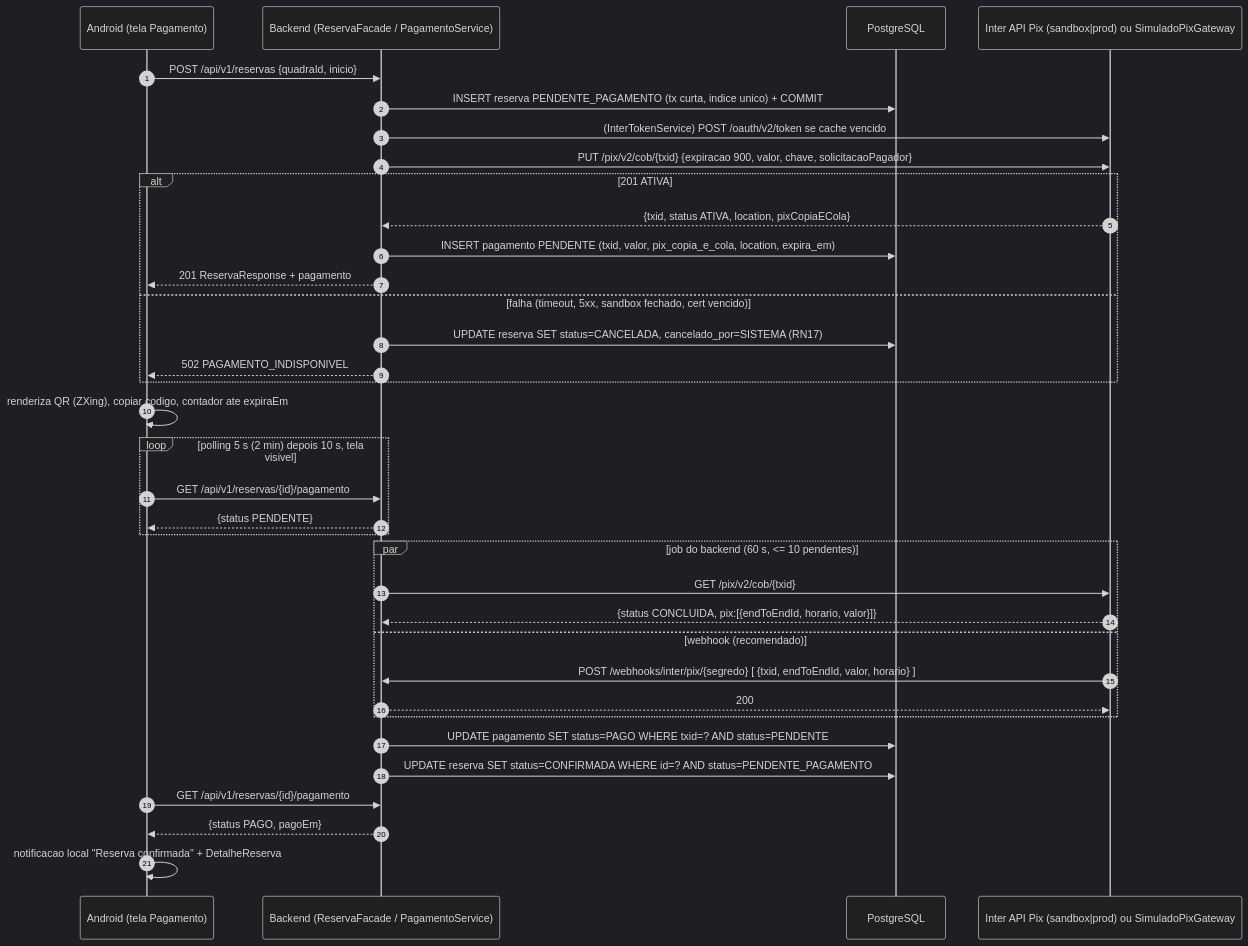
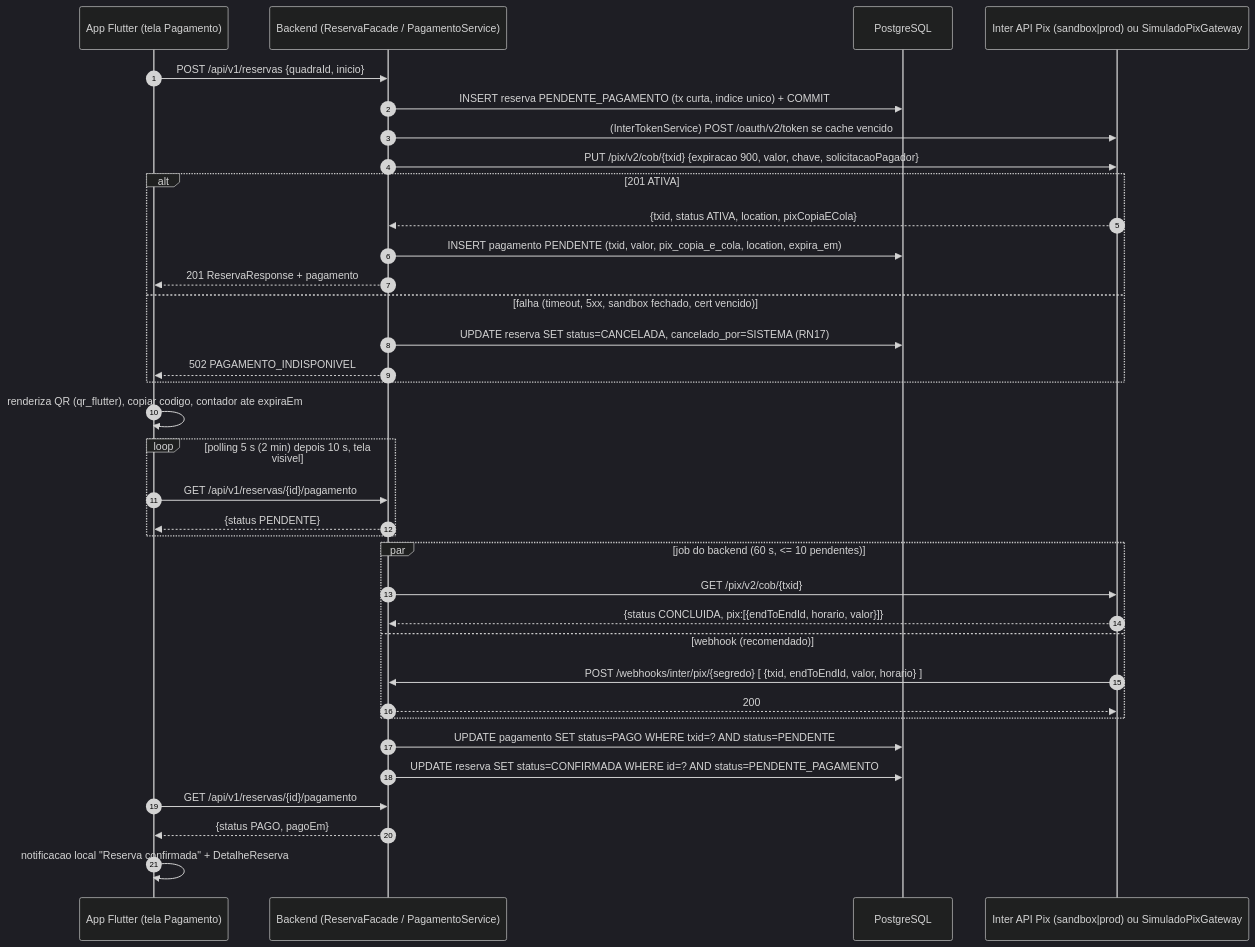
Before and after one commit to DEVigodE/so-mais-uma: the first of 2 diagrams in docs/11-integracao-pix-inter.md, drawn with Mermaid (dark theme). The commit also changed other lines of this file and 25 other files, not shown here.

First line of the commit message:
docs: troca o app de Android nativo para Flutter

````diff
--- a/docs/11-integracao-pix-inter.md
+++ b/docs/11-integracao-pix-inter.md
@@ -176,38 +177,38 @@
 ```mermaid
 sequenceDiagram
   autonumber
-  participant App as Android (tela Pagamento)
+  participant App as App Flutter (tela Pagamento)
   participant API as Backend (ReservaFacade / PagamentoService)
   participant DB as PostgreSQL
   participant Inter as Inter API Pix (sandbox|prod) ou SimuladoPixGateway
 
   App->>API: POST /api/v1/reservas {quadraId, inicio}
   API->>DB: INSERT reserva PENDENTE_PAGAMENTO (tx curta, indice unico) + COMMIT
   API->>Inter: (InterTokenService) POST /oauth/v2/token se cache vencido
   API->>Inter: PUT /pix/v2/cob/{txid} {expiracao 900, valor, chave, solicitacaoPagador}
   alt 201 ATIVA
     Inter-->>API: {txid, status ATIVA, location, pixCopiaECola}
     API->>DB: INSERT pagamento PENDENTE (txid, valor, pix_copia_e_cola, location, expira_em)
     API-->>App: 201 ReservaResponse + pagamento
   else falha (timeout, 5xx, sandbox fechado, cert vencido)
     API->>DB: UPDATE reserva SET status=CANCELADA, cancelado_por=SISTEMA (RN17)
     API-->>App: 502 PAGAMENTO_INDISPONIVEL
   end
-  App->>App: renderiza QR (ZXing), copiar codigo, contador ate expiraEm
+  App->>App: renderiza QR (qr_flutter), copiar codigo, contador ate expiraEm
   loop polling 5 s (2 min) depois 10 s, tela visivel
     App->>API: GET /api/v1/reservas/{id}/pagamento
     API-->>App: {status PENDENTE}
   end
   par job do backend (60 s, <= 10 pendentes)
     API->>Inter: GET /pix/v2/cob/{txid}
     Inter-->>API: {status CONCLUIDA, pix:[{endToEndId, horario, valor}]}
   and webhook (recomendado)
     Inter->>API: POST /webhooks/inter/pix/{segredo} [ {txid, endToEndId, valor, horario} ]
     API-->>Inter: 200
   end
   API->>DB: UPDATE pagamento SET status=PAGO WHERE txid=? AND status=PENDENTE
   API->>DB: UPDATE reserva SET status=CONFIRMADA WHERE id=? AND status=PENDENTE_PAGAMENTO
   App->>API: GET /api/v1/reservas/{id}/pagamento
   API-->>App: {status PAGO, pagoEm}
   App->>App: notificacao local "Reserva confirmada" + DetalheReserva
 ```
````
